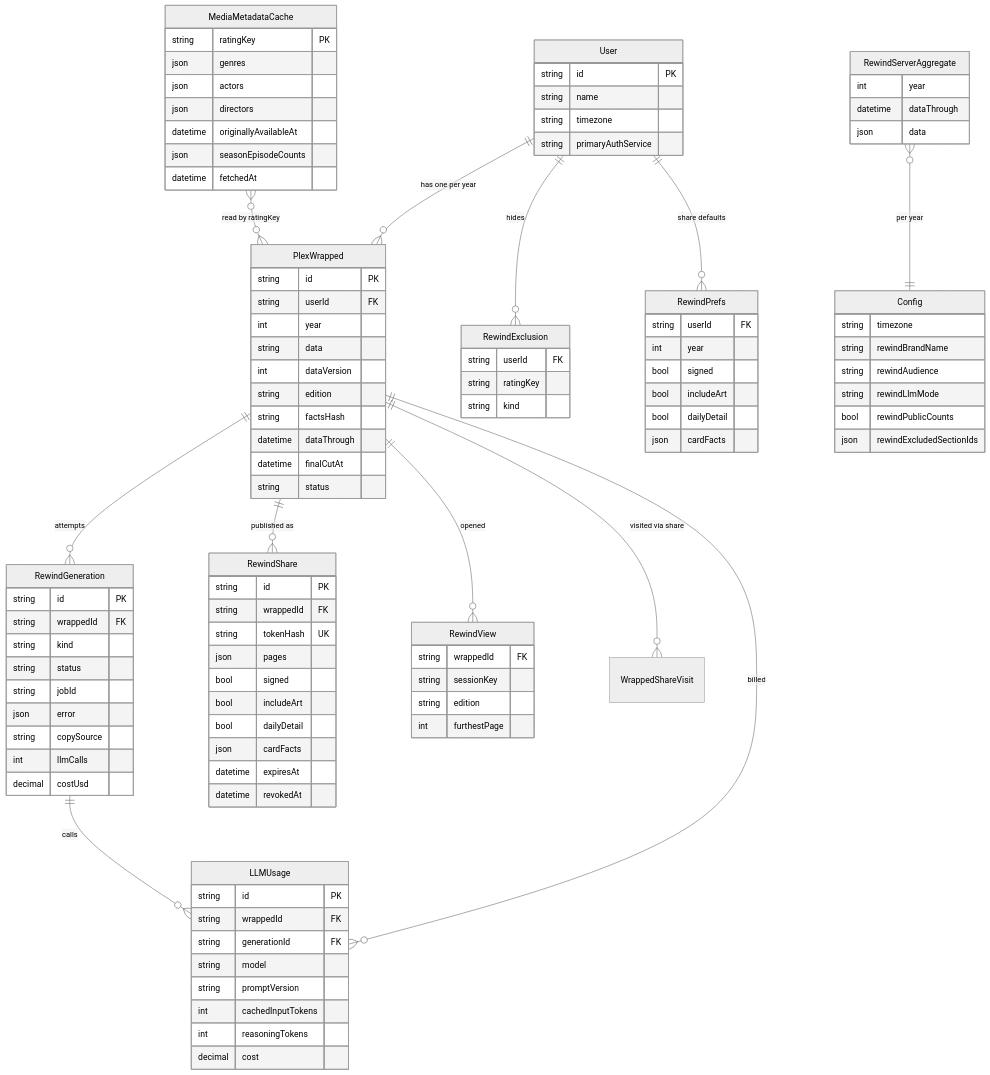
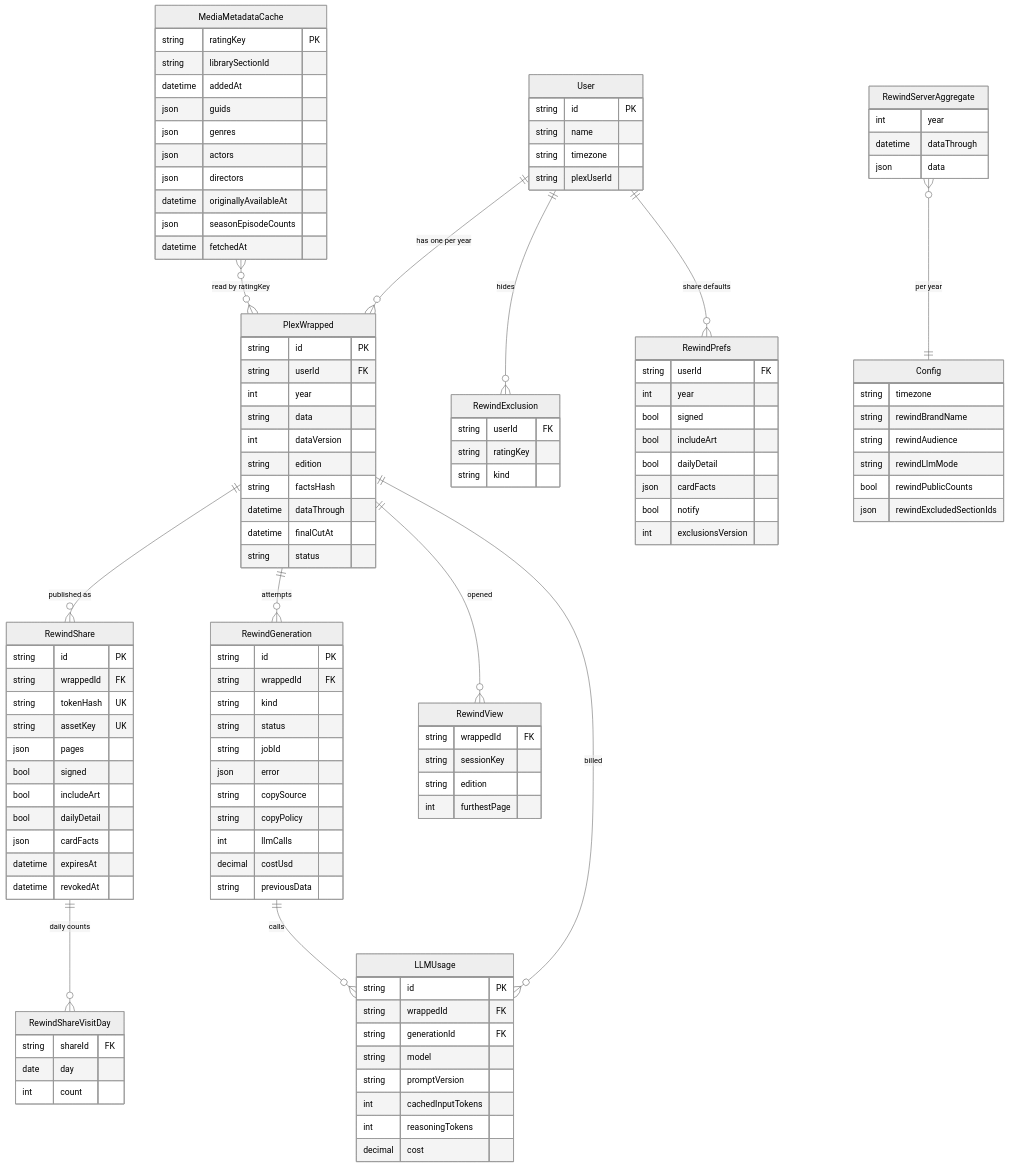
Before and after one commit to mchestr/plex-manager: the second of 4 diagrams in .agents/planning/2026-10-17-app-audit-and-rewind-2026/design/rewind-2026-design.md, drawn with Mermaid (neutral theme). The commit also changed other lines of this file and 25 other files, not shown here.

```diff
--- a/.agents/planning/2026-10-17-app-audit-and-rewind-2026/design/rewind-2026-design.md
+++ b/.agents/planning/2026-10-17-app-audit-and-rewind-2026/design/rewind-2026-design.md
@@ -1448,7 +1608,7 @@
   PlexWrapped ||--o{ RewindGeneration : "attempts"
   PlexWrapped ||--o{ RewindShare : "published as"
   PlexWrapped ||--o{ RewindView : "opened"
-  PlexWrapped ||--o{ WrappedShareVisit : "visited via share"
+  RewindShare ||--o{ RewindShareVisitDay : "daily counts"
   PlexWrapped ||--o{ LLMUsage : "billed"
   RewindGeneration ||--o{ LLMUsage : "calls"
   RewindServerAggregate }o--|| Config : "per year"
@@ -1458,7 +1618,7 @@
     string id PK
     string name
     string timezone
-    string primaryAuthService
+    string plexUserId
   }
   PlexWrapped {
     string id PK
@@ -1480,13 +1640,16 @@
     string jobId
     json error
     string copySource
+    string copyPolicy
     int llmCalls
     decimal costUsd
+    string previousData
   }
   RewindShare {
     string id PK
     string wrappedId FK
     string tokenHash UK
+    string assetKey UK
     json pages
     bool signed
     bool includeArt
@@ -1495,6 +1658,11 @@
     datetime expiresAt
     datetime revokedAt
   }
+  RewindShareVisitDay {
+    string shareId FK
+    date day
+    int count
+  }
   RewindPrefs {
     string userId FK
     int year
@@ -1502,6 +1670,8 @@
     bool includeArt
     bool dailyDetail
     json cardFacts
+    bool notify
+    int exclusionsVersion
   }
   RewindExclusion {
     string userId FK
@@ -1515,6 +1685,9 @@
   }
   MediaMetadataCache {
     string ratingKey PK
+    string librarySectionId
+    datetime addedAt
+    json guids
     json genres
     json actors
     json directors
```
